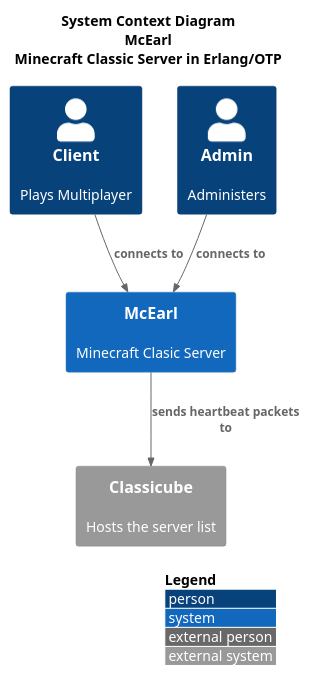
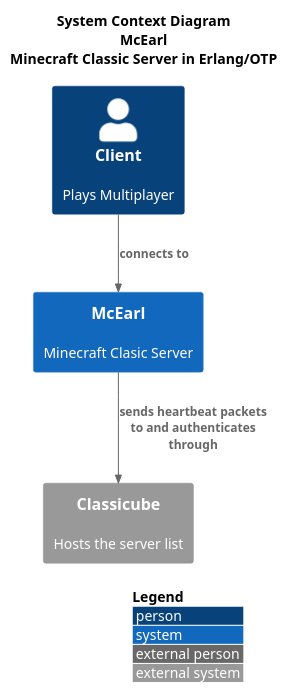
Before and after one commit to OT7EtoYoshimura/mcearl: the diagram in doc/diagrams/c1-mcearl.puml, drawn with PlantUML. The commit also changed 9 other files, not shown here.

Commit message:
Update diagrams

```diff
--- a/doc/diagrams/c1-mcearl.puml
+++ b/doc/diagrams/c1-mcearl.puml
@@ -1,20 +1,17 @@
 @startuml c1-mcearl
 
 !include https://raw.githubusercontent.com/plantuml-stdlib/C4-PlantUML/master/C4_Container.puml
 !include https://raw.githubusercontent.com/plantuml-stdlib/C4-PlantUML/master/C4_Component.puml
 !include https://raw.githubusercontent.com/plantuml-stdlib/C4-PlantUML/master/C4_Context.puml
 
 title System Context Diagram\nMcEarl\nMinecraft Classic Server in Erlang/OTP
 
 Person(client, "Client", "Plays Multiplayer")
-Person(admin, "Admin", "Administers")
-
 System(mcearl, "McEarl", "Minecraft Clasic Server")
 System_Ext(classicube, "Classicube", "Hosts the server list")
 
 Rel(client, mcearl, "connects to")
-Rel(admin, mcearl, "connects to")
-Rel(mcearl, classicube, "sends heartbeat packets to")
+Rel(mcearl, classicube, "sends heartbeat packets to and authenticates through")
 
 LAYOUT_WITH_LEGEND()
 @enduml
```
